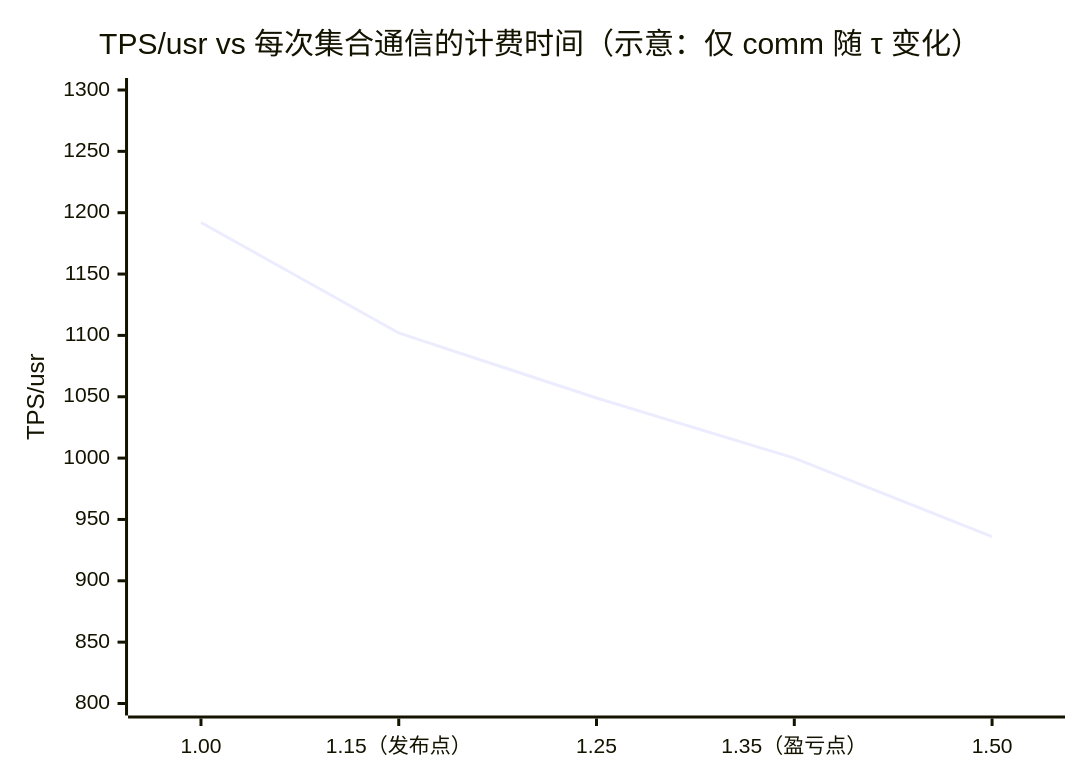
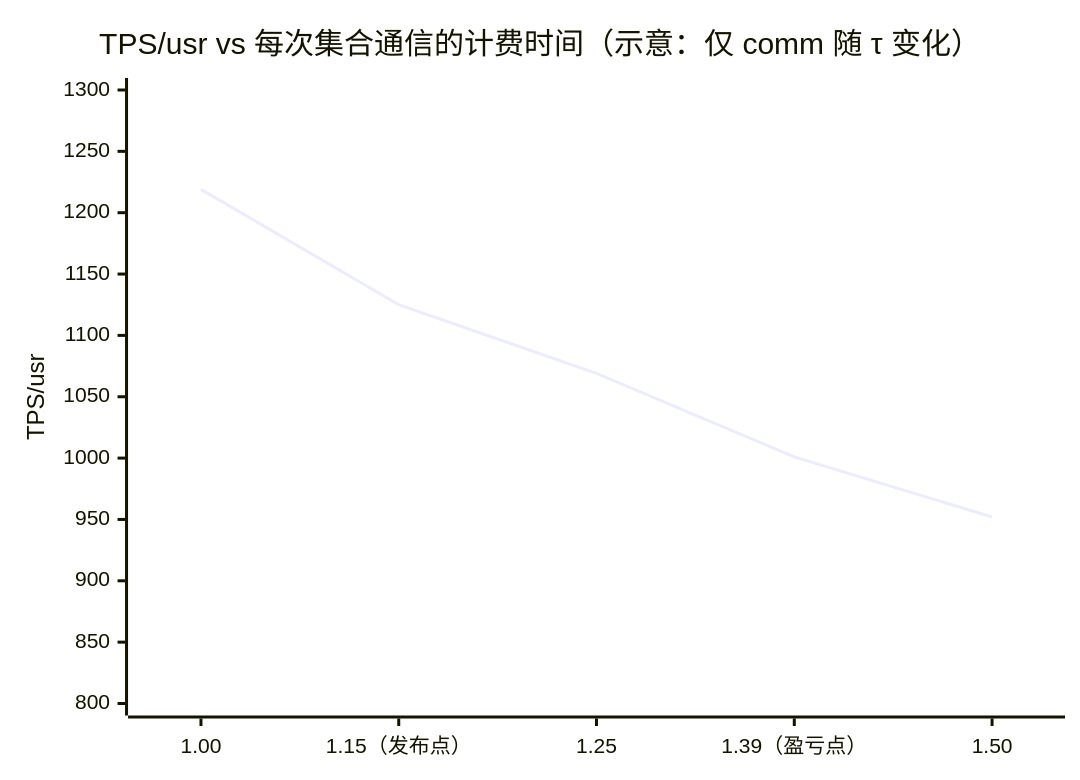
Before and after one commit to xqdan/xihu: the eighth of 10 diagrams in teams/software/docs/COLLECTIVE_SCHEDULE.md, drawn with Mermaid. The commit also changed other lines of this file and 36 other files, not shown here.

````diff
--- a/teams/software/docs/COLLECTIVE_SCHEDULE.md
+++ b/teams/software/docs/COLLECTIVE_SCHEDULE.md
@@ -204,7 +204,7 @@
 ```mermaid
 xychart-beta
   title "TPS/usr vs 每次集合通信的计费时间（示意：仅 comm 随 τ 变化）"
-  x-axis ["1.00", "1.15（发布点）", "1.25", "1.35（盈亏点）", "1.50"]
+  x-axis ["1.00", "1.15（发布点）", "1.25", "1.39（盈亏点）", "1.50"]
   y-axis "TPS/usr" 800 --> 1300
-  line [1192, 1102, 1049, 1000, 936]
+  line [1219, 1125, 1069, 1001, 952]
 ```
````
